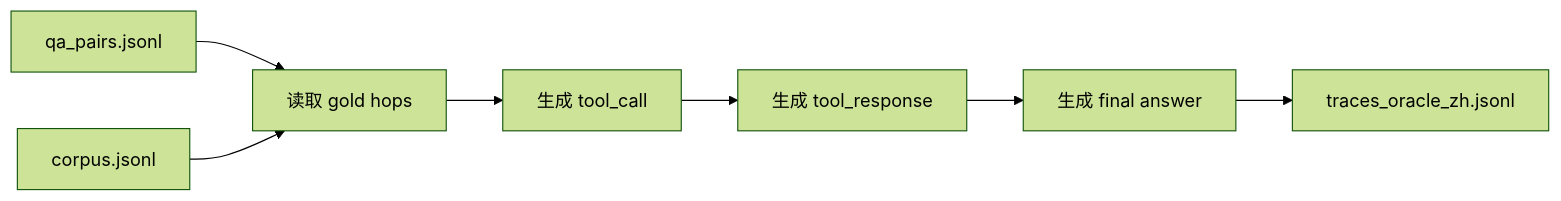
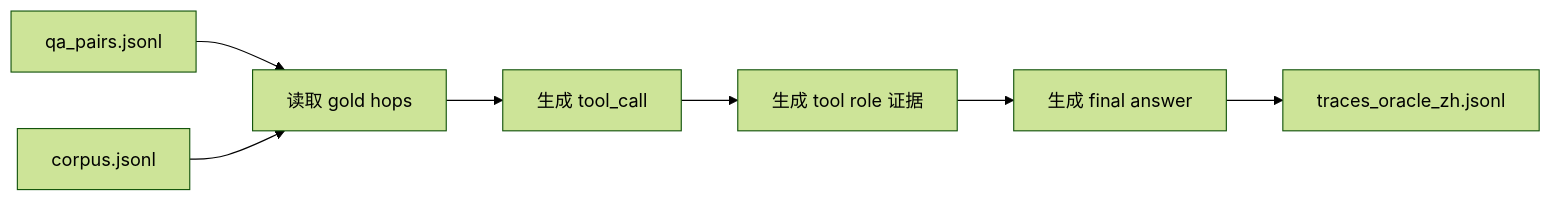
The eighth of 16 diagrams in demo/README.md (Lafinger/AgenticRAG-RL), drawn with Mermaid (forest theme) before and after one commit. The commit also changed other lines of this file and 21 other files, not shown here.

````diff
--- a/demo/README.md
+++ b/demo/README.md
@@ -953,9 +953,9 @@
 ```mermaid
 flowchart LR
     A["qa_pairs.jsonl"] --> B["读取 gold hops"]
     C["corpus.jsonl"] --> B
     B --> D["生成 tool_call"]
-    D --> E["生成 tool_response"]
+    D --> E["生成 tool role 证据"]
     E --> F["生成 final answer"]
     F --> G["traces_oracle_zh.jsonl"]
 ```
````
